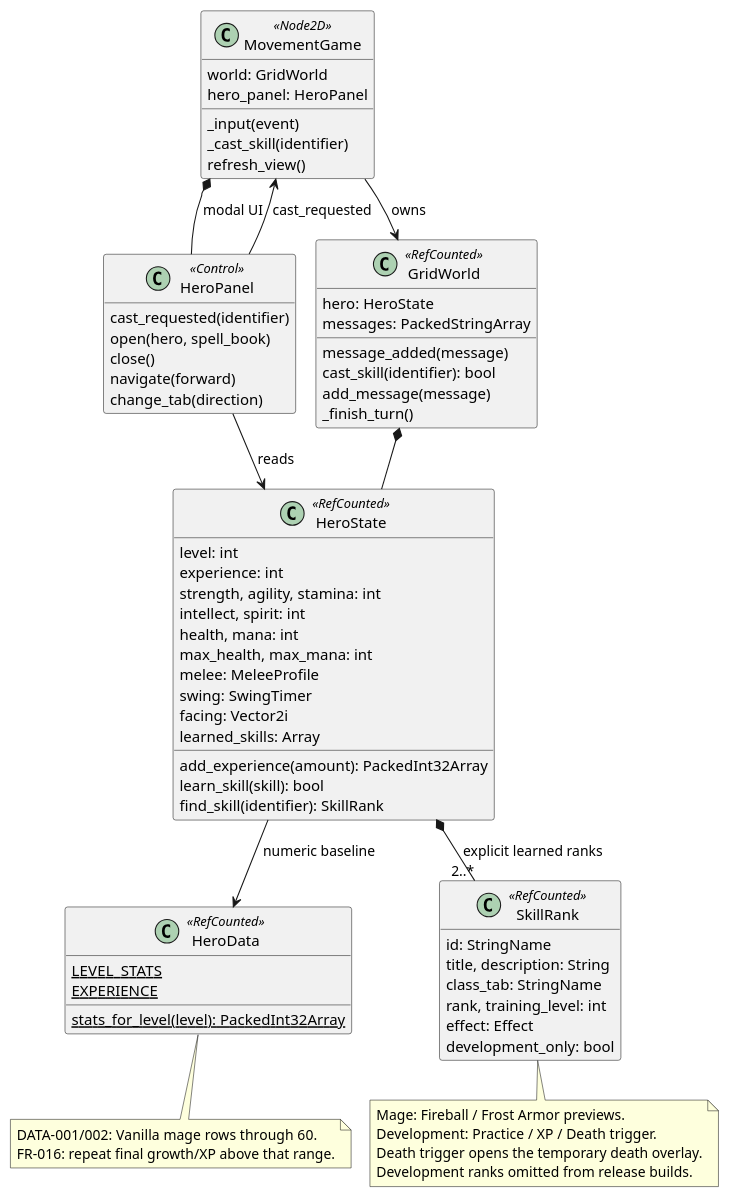
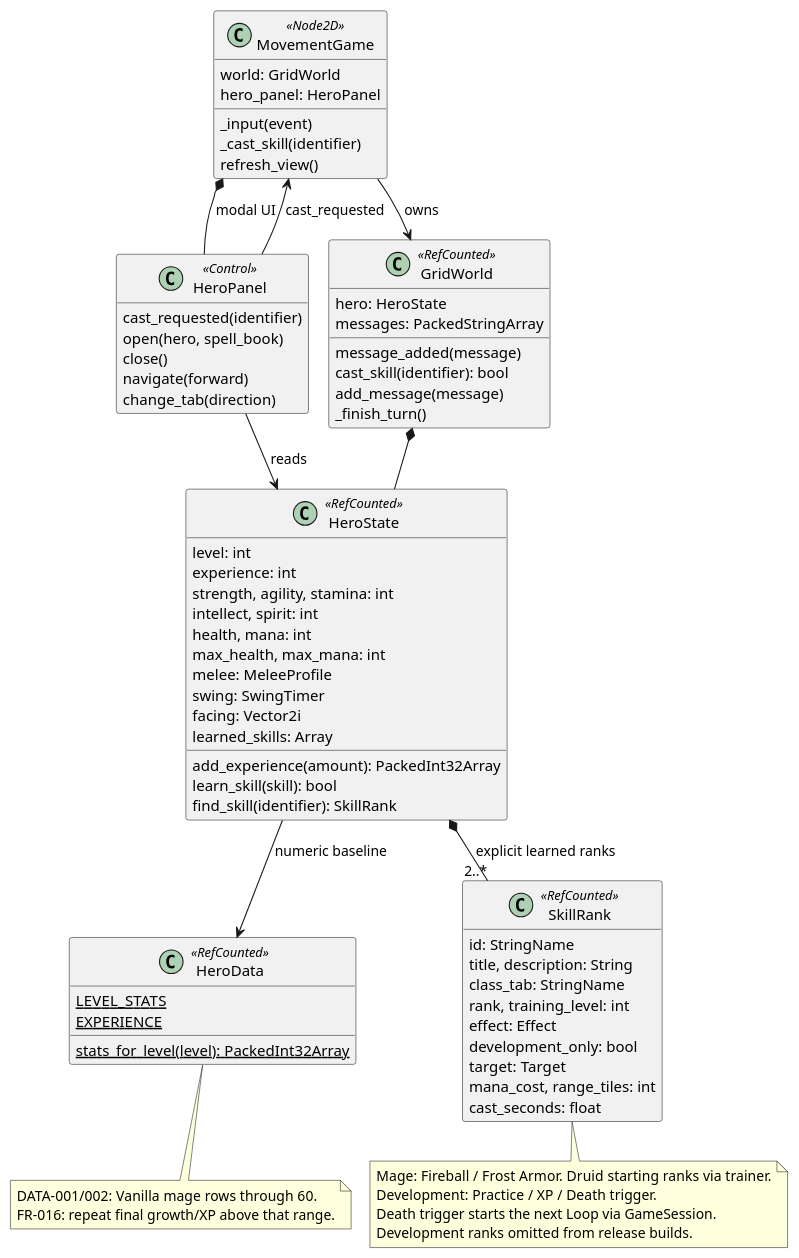
One commit to VHonzik/Ostinato changed the diagram in docs/architecture/classes/hero.puml. Above: the diagram before and after it, drawn with PlantUML. The commit also changed 43 other files, not shown here.

```diff
--- a/docs/architecture/classes/hero.puml
+++ b/docs/architecture/classes/hero.puml
@@ -1,75 +1,78 @@
 @startuml
 !pragma layout smetana
 skinparam shadowing false
 skinparam classAttributeIconSize 0
 hide empty members
 
 class MovementGame <<Node2D>> {
   world: GridWorld
   hero_panel: HeroPanel
   _input(event)
   _cast_skill(identifier)
   refresh_view()
 }
 class HeroPanel <<Control>> {
   cast_requested(identifier)
   open(hero, spell_book)
   close()
   navigate(forward)
   change_tab(direction)
 }
 class GridWorld <<RefCounted>> {
   hero: HeroState
   messages: PackedStringArray
   message_added(message)
   cast_skill(identifier): bool
   add_message(message)
   _finish_turn()
 }
 class HeroState <<RefCounted>> {
   level: int
   experience: int
   strength, agility, stamina: int
   intellect, spirit: int
   health, mana: int
   max_health, max_mana: int
   melee: MeleeProfile
   swing: SwingTimer
   facing: Vector2i
   learned_skills: Array
   add_experience(amount): PackedInt32Array
   learn_skill(skill): bool
   find_skill(identifier): SkillRank
 }
 class HeroData <<RefCounted>> {
   {static} LEVEL_STATS
   {static} EXPERIENCE
   {static} stats_for_level(level): PackedInt32Array
 }
 class SkillRank <<RefCounted>> {
   id: StringName
   title, description: String
   class_tab: StringName
   rank, training_level: int
   effect: Effect
   development_only: bool
+  target: Target
+  mana_cost, range_tiles: int
+  cast_seconds: float
 }
 MovementGame --> GridWorld : owns
 MovementGame *-- HeroPanel : modal UI
 HeroPanel --> HeroState : reads
 HeroPanel --> MovementGame : cast_requested
 GridWorld *-- HeroState
 HeroState --> HeroData : numeric baseline
 HeroState *-- "2..*" SkillRank : explicit learned ranks
 
 note bottom of HeroData
 DATA-001/002: Vanilla mage rows through 60.
 FR-016: repeat final growth/XP above that range.
 end note
 note bottom of SkillRank
-Mage: Fireball / Frost Armor previews.
+Mage: Fireball / Frost Armor. Druid starting ranks via trainer.
 Development: Practice / XP / Death trigger.
-Death trigger opens the temporary death overlay.
+Death trigger starts the next Loop via GameSession.
 Development ranks omitted from release builds.
 end note
 @enduml
```
